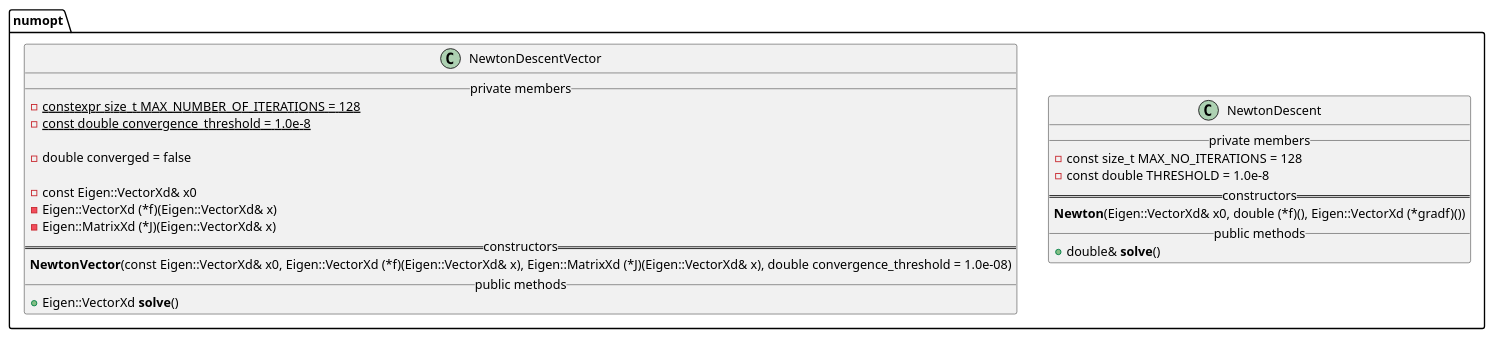
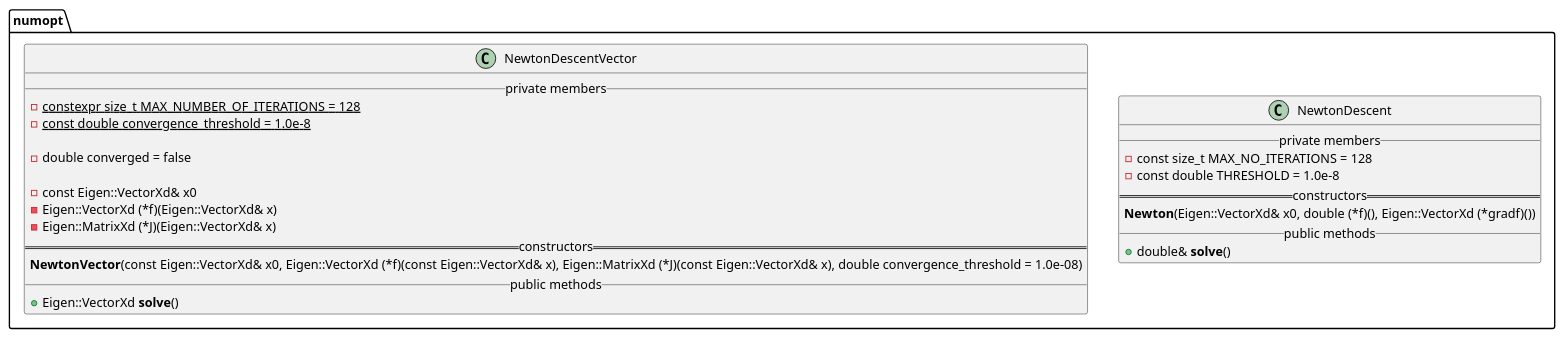
Before and after one commit to matt-chan/numopt: the diagram in docs/numopt.puml, drawn with PlantUML. The commit also changed 3 other files, not shown here.

```diff
--- a/docs/numopt.puml
+++ b/docs/numopt.puml
@@ -1,33 +1,33 @@
 @startuml
 
 namespace numopt {
 
     class NewtonDescent {
         __ private members __
             - const size_t MAX_NO_ITERATIONS = 128
             - const double THRESHOLD = 1.0e-8
         == constructors ==
             **Newton**(Eigen::VectorXd& x0, double (*f)(), Eigen::VectorXd (*gradf)())
         __ public methods __
             + double& **solve**()
     }
 
 
     class NewtonDescentVector {
         __ private members __
             - {static} constexpr size_t MAX_NUMBER_OF_ITERATIONS = 128
             - {static} const double convergence_threshold = 1.0e-8
 
             - double converged = false
 
             - const Eigen::VectorXd& x0
             - Eigen::VectorXd (*f)(Eigen::VectorXd& x)
             - Eigen::MatrixXd (*J)(Eigen::VectorXd& x)
         == constructors ==
-            **NewtonVector**(const Eigen::VectorXd& x0, Eigen::VectorXd (*f)(Eigen::VectorXd& x), Eigen::MatrixXd (*J)(Eigen::VectorXd& x), double convergence_threshold = 1.0e-08)
+            **NewtonVector**(const Eigen::VectorXd& x0, Eigen::VectorXd (*f)(const Eigen::VectorXd& x), Eigen::MatrixXd (*J)(const Eigen::VectorXd& x), double convergence_threshold = 1.0e-08)
         __ public methods __
             + Eigen::VectorXd **solve**()
     }
 }
 
 @enduml
```
